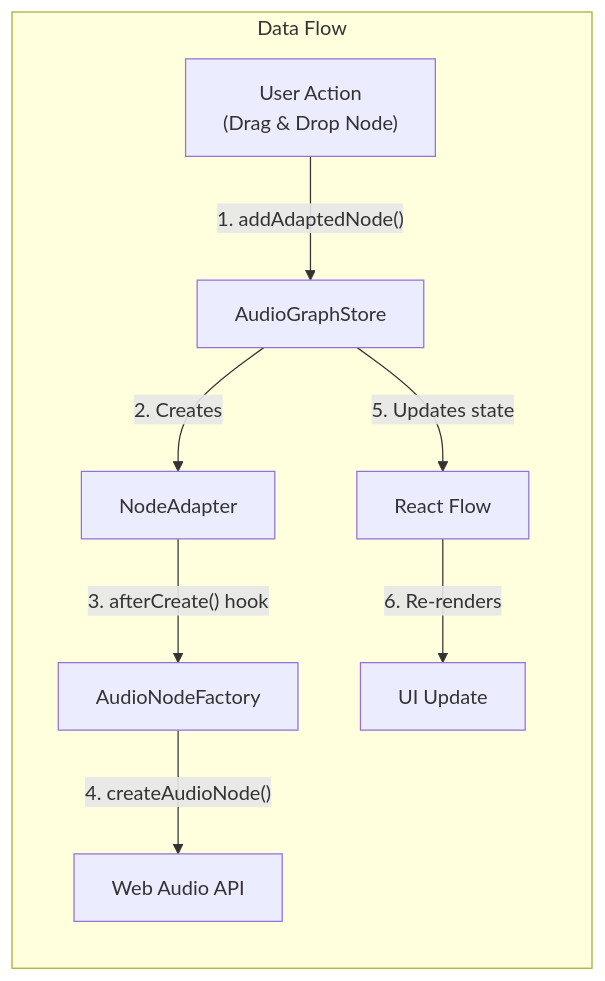
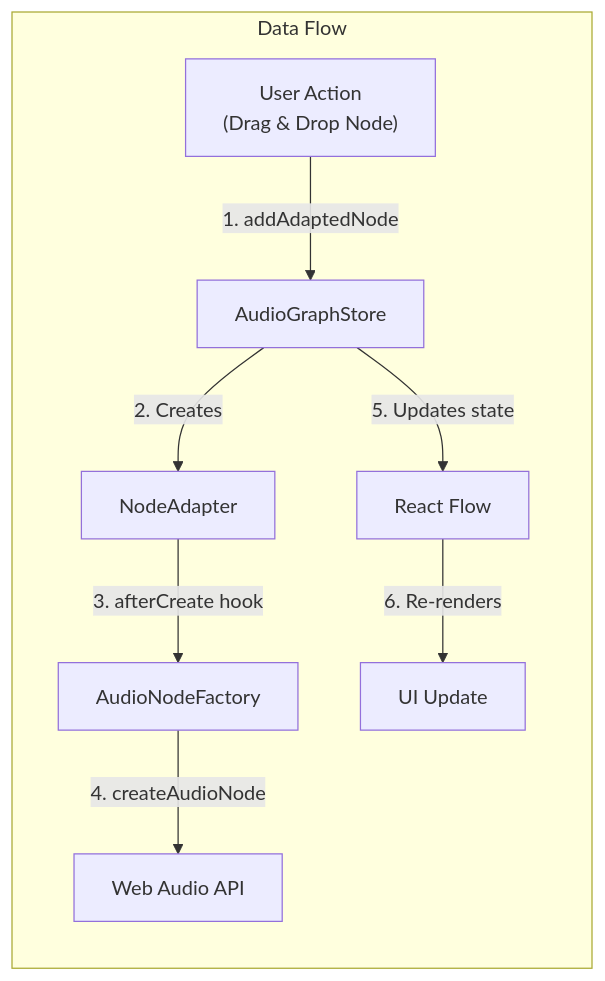
Before and after one commit to miltonlaufer/visualwebaudio: the third of 5 diagrams in ARCHITECTURE.md, drawn with Mermaid.

Commit message:
docs(architecture): update node flow descriptions for clarity

````diff
--- a/ARCHITECTURE.md
+++ b/ARCHITECTURE.md
@@ -205,19 +205,19 @@
 ```mermaid
 graph LR
     subgraph "Data Flow"
         USER["User Action<br/>(Drag & Drop Node)"]
         AGS["AudioGraphStore"]
         NA["NodeAdapter"]
         ANF["AudioNodeFactory"]
         WA["Web Audio API"]
         RF["React Flow"]
         UI["UI Update"]
         
-        USER -->|"1. addAdaptedNode()"| AGS
+        USER -->|"1. addAdaptedNode"| AGS
         AGS -->|"2. Creates"| NA
-        NA -->|"3. afterCreate() hook"| ANF
-        ANF -->|"4. createAudioNode()"| WA
+        NA -->|"3. afterCreate hook"| ANF
+        ANF -->|"4. createAudioNode"| WA
         AGS -->|"5. Updates state"| RF
         RF -->|"6. Re-renders"| UI
     end
 ```
````
